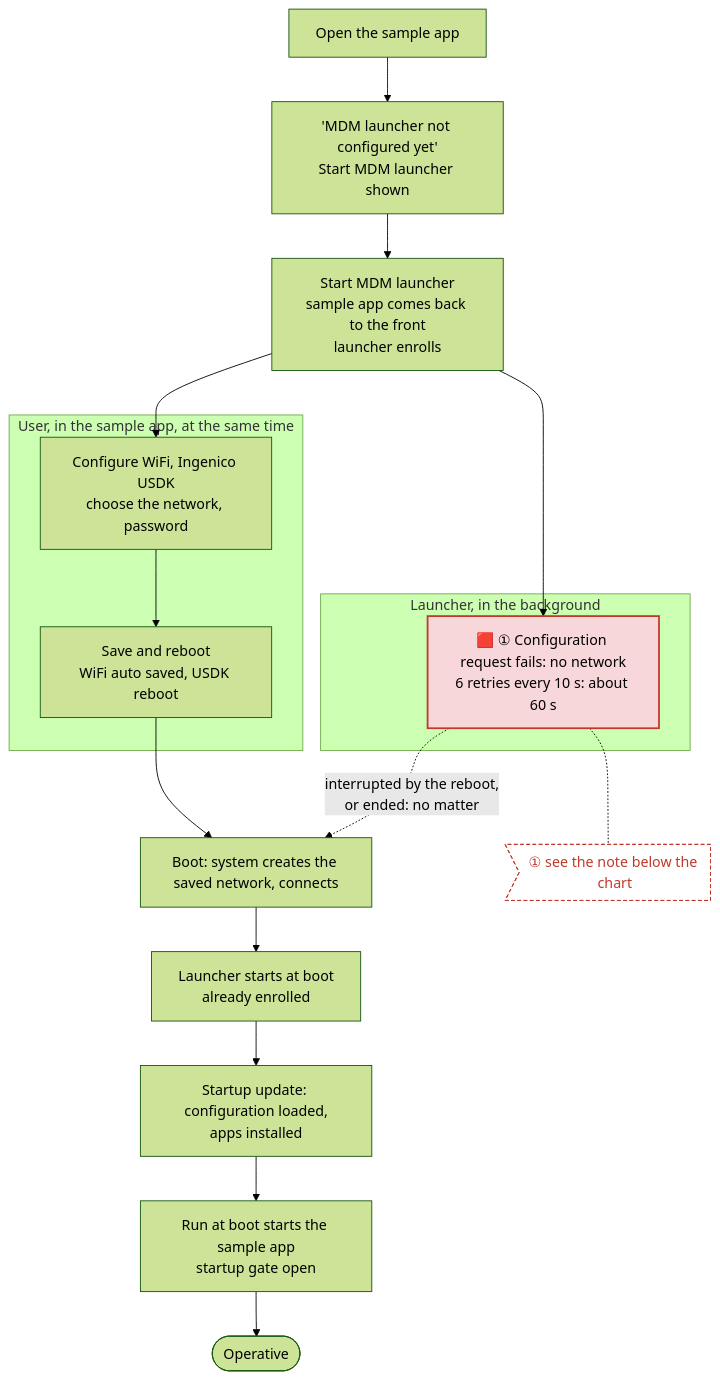
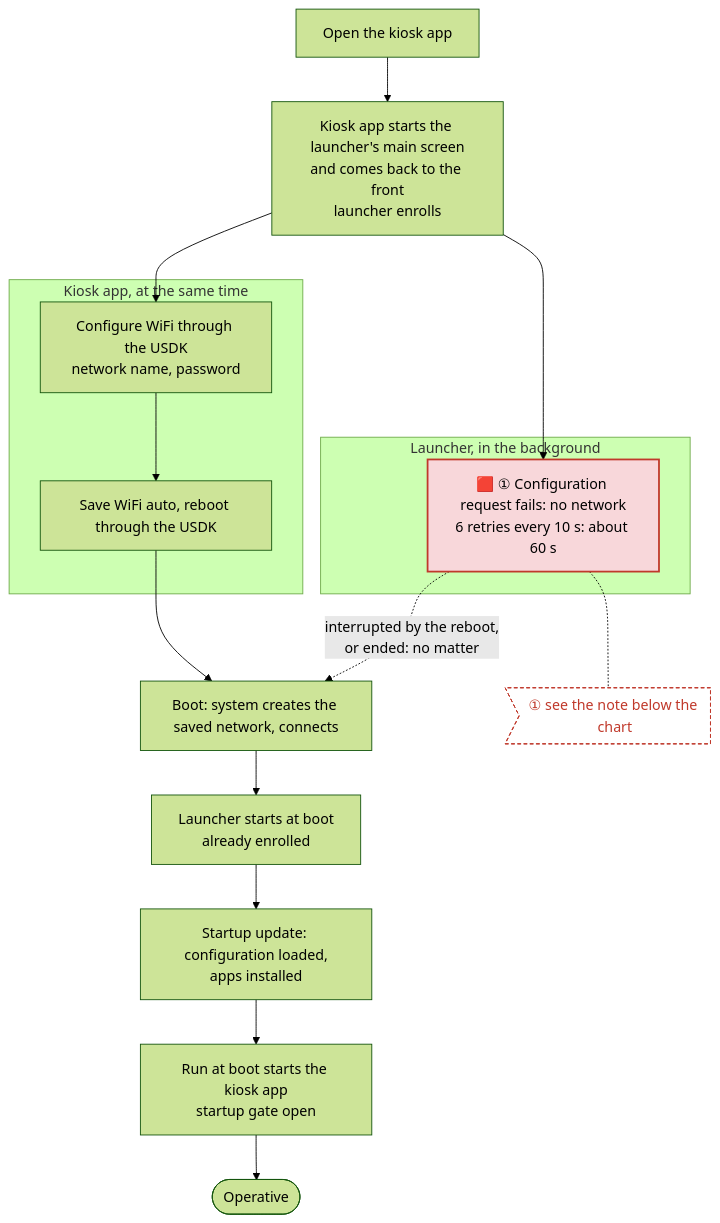
The third of 4 diagrams in docs/wifi-setup.md (rch-fw/HmdmChangeDeviceNumber), drawn with Mermaid (forest theme) before and after one commit. The commit also changed other lines of this file, not shown here.

First line of the commit message:
Docs: WiFi setup procedures for any kiosk app, the sample app only as an example

````diff
--- a/docs/wifi-setup.md
+++ b/docs/wifi-setup.md
@@ -201,23 +200,22 @@
 ```mermaid
 flowchart TD
-    A[Open the sample app] --> B['MDM launcher not configured yet'<br/>Start MDM launcher shown]
-    B --> C[Start MDM launcher<br/>sample app comes back to the front<br/>launcher enrolls]
-    C --> P1 & P2
+    A[Open the kiosk app] --> B[Kiosk app starts the launcher's main screen<br/>and comes back to the front<br/>launcher enrolls]
+    B --> P1 & P2
     subgraph L1 [Launcher, in the background]
         P1[🟥 ① Configuration request fails: no network<br/>6 retries every 10 s: about 60 s]
     end
-    subgraph U1 [User, in the sample app, at the same time]
-        P2[Configure WiFi, Ingenico USDK<br/>choose the network, password] --> F[Save and reboot<br/>WiFi auto saved, USDK reboot]
+    subgraph U1 [Kiosk app, at the same time]
+        P2[Configure WiFi through the USDK<br/>network name, password] --> D[Save WiFi auto, reboot through the USDK]
     end
-    P1 -. interrupted by the reboot,<br/>or ended: no matter .-> G
-    F --> G[Boot: system creates the saved network, connects]
-    G --> H[Launcher starts at boot<br/>already enrolled]
-    H --> I[Startup update: configuration loaded,<br/>apps installed]
-    I --> J[Run at boot starts the sample app<br/>startup gate open]
-    J --> K([Operative])
+    P1 -. interrupted by the reboot,<br/>or ended: no matter .-> E
+    D --> E[Boot: system creates the saved network, connects]
+    E --> F[Launcher starts at boot<br/>already enrolled]
+    F --> G[Startup update: configuration loaded,<br/>apps installed]
+    G --> H[Run at boot starts the kiosk app<br/>startup gate open]
+    H --> K([Operative])
     classDef delay60 fill:#f8d7da,stroke:#c0392b,stroke-width:2px,color:#000
     class P1 delay60
     P1 -.- N1>"① see the note below the chart"]
     class N1 note60
     classDef note60 fill:#fff,stroke:#c0392b,stroke-dasharray:4 3,color:#c0392b
 ```
````
